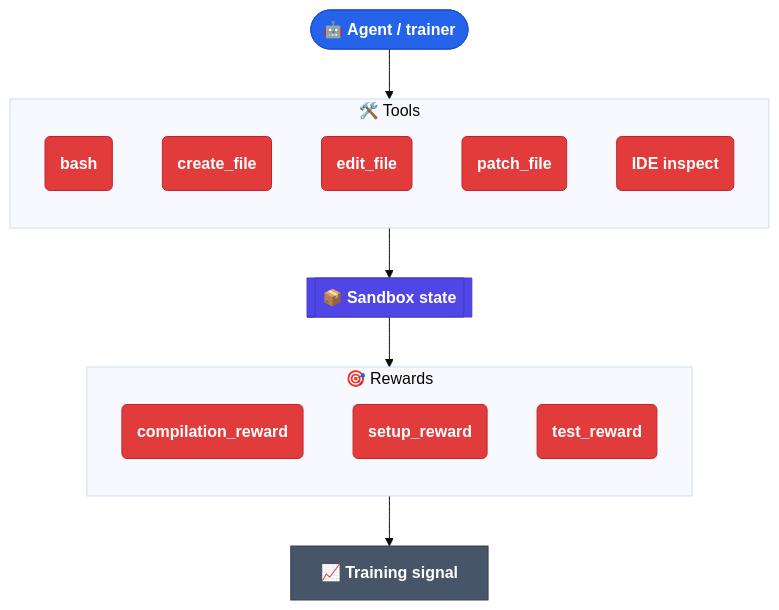
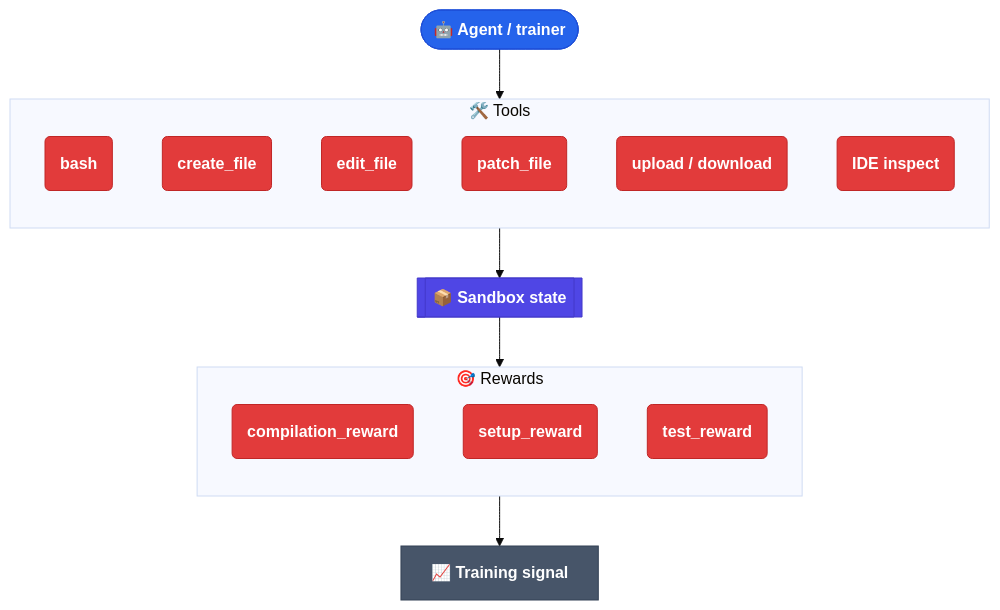
One commit to JetBrains-Research/idegym changed the diagram in website/docs/architecture/rewards-tools.md. Above: the diagram before and after it, drawn with Mermaid (base theme). The commit also changed other lines of this file and 11 other files, not shown here.

````diff
--- a/website/docs/architecture/rewards-tools.md
+++ b/website/docs/architecture/rewards-tools.md
@@ -14,35 +14,37 @@
 ```mermaid
 flowchart TB
     subgraph tools["🛠️ Tools"]
         direction TB
         bash("<b>bash</b>"):::tool
         cf("<b>create_file</b>"):::tool
         ef("<b>edit_file</b>"):::tool
         pf("<b>patch_file</b>"):::tool
+        xfer("<b>upload / download</b>"):::tool
         inspect("<b>IDE inspect</b>"):::tool
     end
 
     subgraph rewards["🎯 Rewards"]
         direction TB
         comp("<b>compilation_reward</b>"):::tool
         setup("<b>setup_reward</b>"):::tool
         test("<b>test_reward</b>"):::tool
     end
 
     agent(["<b>🤖 Agent / trainer</b>"]):::client --> tools --> env[["<b>📦 Sandbox state</b>"]]:::pod
     env --> rewards --> signal["<b>📈 Training signal</b>"]:::infra
 
     classDef tool fill:#e23b3b,stroke:#c02626,color:#fff;
     classDef client fill:#2563eb,stroke:#1d4ed8,color:#fff;
     classDef pod fill:#4f46e5,stroke:#4338ca,color:#fff;
     classDef infra fill:#475569,stroke:#334155,color:#fff;
 
     click bash "https://github.com/JetBrains-Research/idegym/blob/main/tools/src/idegym/tools/tool_service.py" "View the bash tool-service source on GitHub."
     click cf "https://github.com/JetBrains-Research/idegym/blob/main/tools/src/idegym/tools/file_manager.py" "View the file-manager source on GitHub."
     click ef "https://github.com/JetBrains-Research/idegym/blob/main/tools/src/idegym/tools/file_manager.py" "View the file-manager source on GitHub."
     click pf "https://github.com/JetBrains-Research/idegym/blob/main/tools/src/idegym/tools/file_manager.py" "View the file-manager source on GitHub."
+    click xfer "https://github.com/JetBrains-Research/idegym/blob/main/tools/src/idegym/tools/file_manager.py" "View the file-manager source on GitHub."
     click inspect "https://github.com/JetBrains-Research/idegym/blob/main/plugins/pycharm/src/idegym/plugins/pycharm/server.py" "View the IDE-inspection plugin source on GitHub."
     click comp "https://github.com/JetBrains-Research/idegym/blob/main/rewards/src/idegym/rewards/compilation_checker.py" "View the compilation-reward checker source on GitHub."
     click setup "https://github.com/JetBrains-Research/idegym/blob/main/rewards/src/idegym/rewards/setup_checker.py" "View the setup-reward checker source on GitHub."
     click test "https://github.com/JetBrains-Research/idegym/blob/main/rewards/src/idegym/rewards/test_checker.py" "View the test-reward checker source on GitHub."
 ```
````
